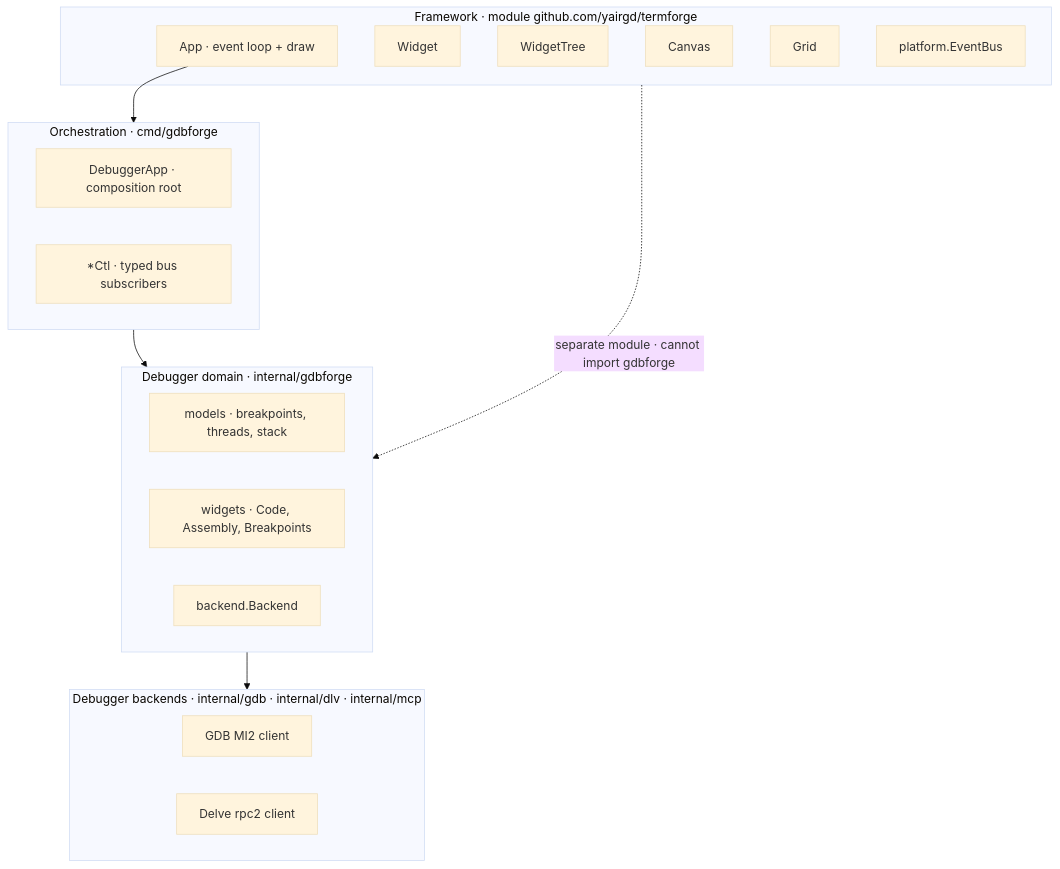
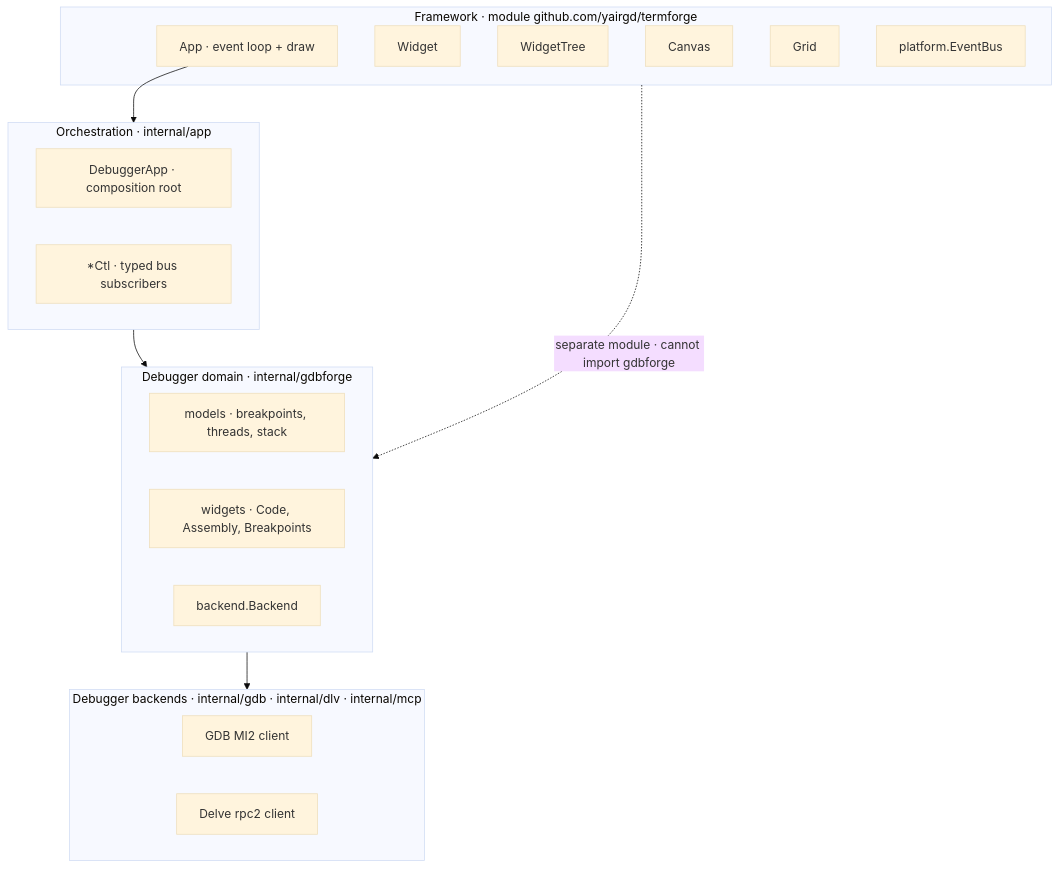
One commit to yairgd/gdbforge changed the diagram in docs/diagrams/module_boundaries.mermaid. Above: the diagram before and after it, drawn with Mermaid (base theme). The commit also changed 160 other files, not shown here.

```diff
--- a/docs/diagrams/module_boundaries.mermaid
+++ b/docs/diagrams/module_boundaries.mermaid
@@ -1,30 +1,30 @@
 flowchart TB
     subgraph TF["Framework · module github.com/yairgd/termforge"]
         App["App · event loop + draw"]
         Widget
         WidgetTree
         Canvas
         Grid
         Bus["platform.EventBus"]
     end
 
-    subgraph Shell["Orchestration · cmd/gdbforge"]
+    subgraph Shell["Orchestration · internal/app"]
         DebuggerApp["DebuggerApp · composition root"]
         Ctls["*Ctl · typed bus subscribers"]
     end
 
     subgraph Domain["Debugger domain · internal/gdbforge"]
         Models["models · breakpoints, threads, stack"]
         Panes["widgets · Code, Assembly, Breakpoints"]
         Backend["backend.Backend"]
     end
 
     subgraph Backends["Debugger backends · internal/gdb · internal/dlv · internal/mcp"]
         GDB_MI["GDB MI2 client"]
         DLV["Delve rpc2 client"]
     end
 
     App --> Shell
     Shell --> Domain
     Domain --> Backends
     TF -.->|"separate module · cannot import gdbforge"| Domain
```
